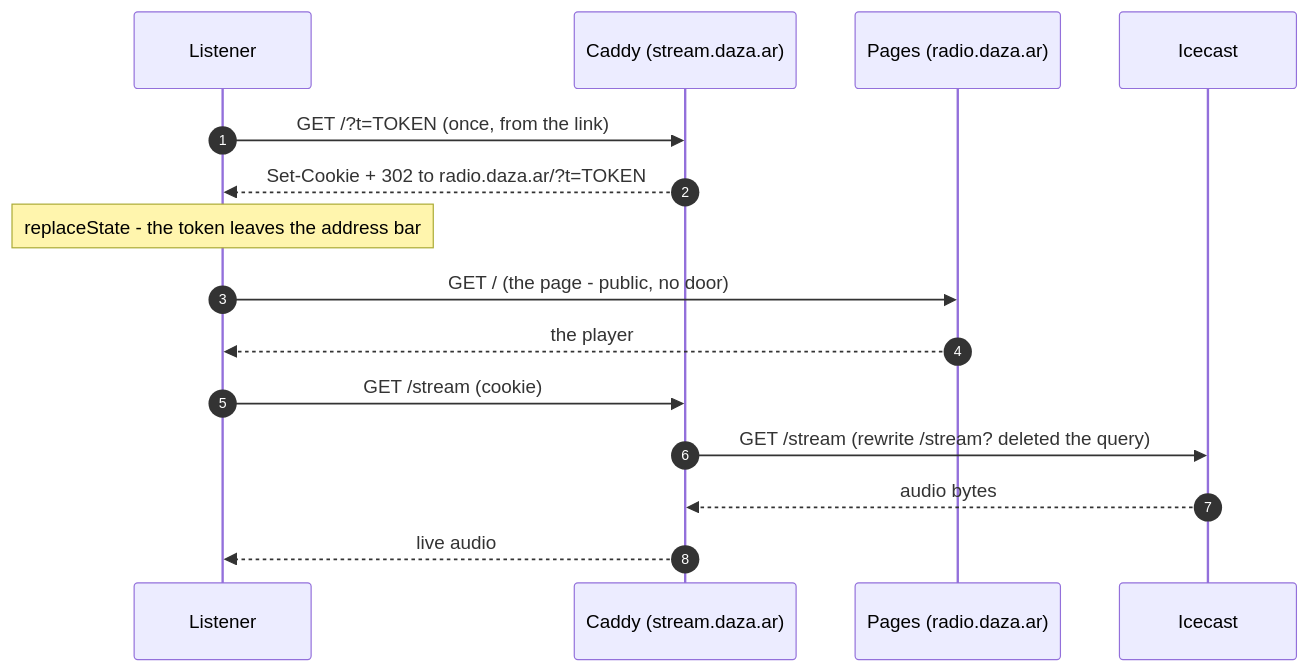
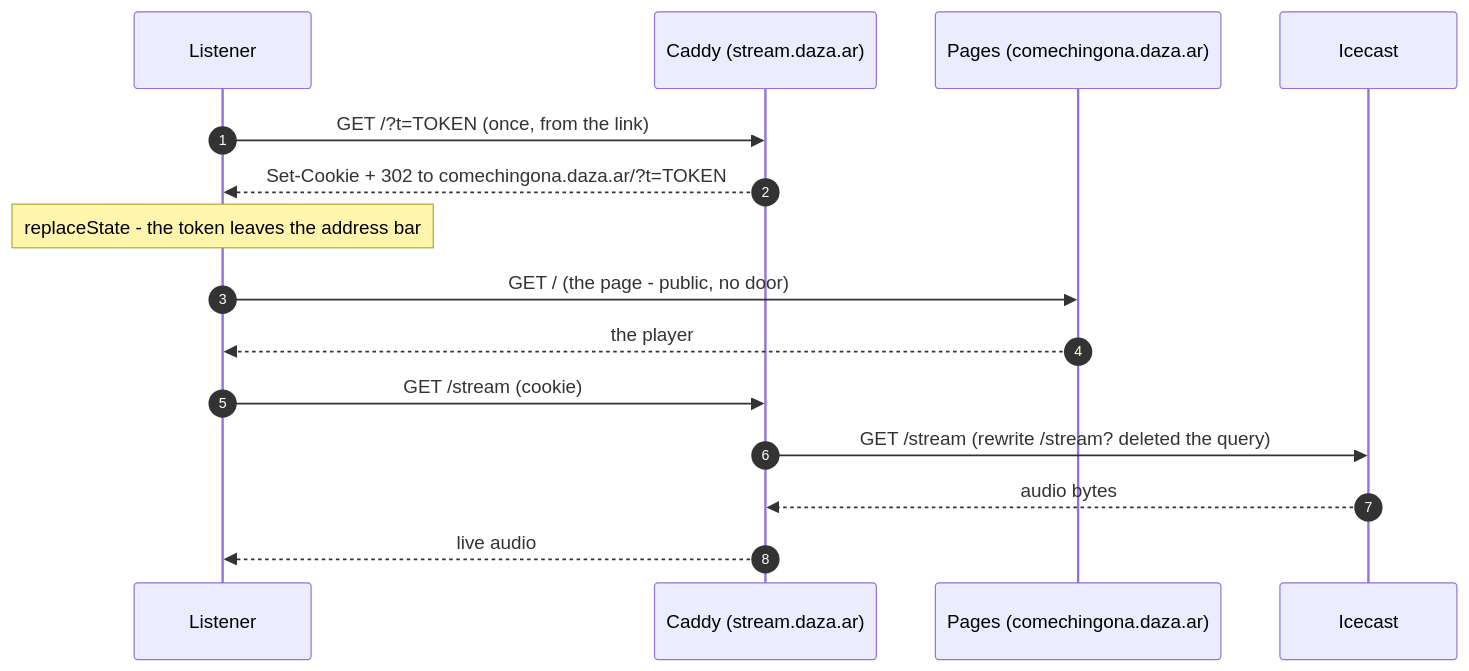
One commit to The-Replacement/radio changed the second of 2 diagrams in README.md. Above: the diagram before and after it, drawn with Mermaid. The commit also changed other lines of this file and 2 other files, not shown here.

First line of the commit message:
feat(infra): move frontend references to comechingona.daza.ar (#51) (#147)

````diff
--- a/README.md
+++ b/README.md
@@ -231,18 +231,18 @@
 ```mermaid
 sequenceDiagram
     autonumber
     participant O as Listener
     participant C as Caddy (stream.daza.ar)
-    participant P as Pages (radio.daza.ar)
+    participant P as Pages (comechingona.daza.ar)
     participant I as Icecast
 
     O->>C: GET /?t=TOKEN   (once, from the link)
-    C-->>O: Set-Cookie + 302 to radio.daza.ar/?t=TOKEN
+    C-->>O: Set-Cookie + 302 to comechingona.daza.ar/?t=TOKEN
     Note over O: replaceState - the token leaves the address bar
     O->>P: GET /   (the page - public, no door)
     P-->>O: the player
     O->>C: GET /stream   (cookie)
     C->>I: GET /stream   (rewrite /stream? deleted the query)
     I-->>C: audio bytes
     C-->>O: live audio
 ```
````
